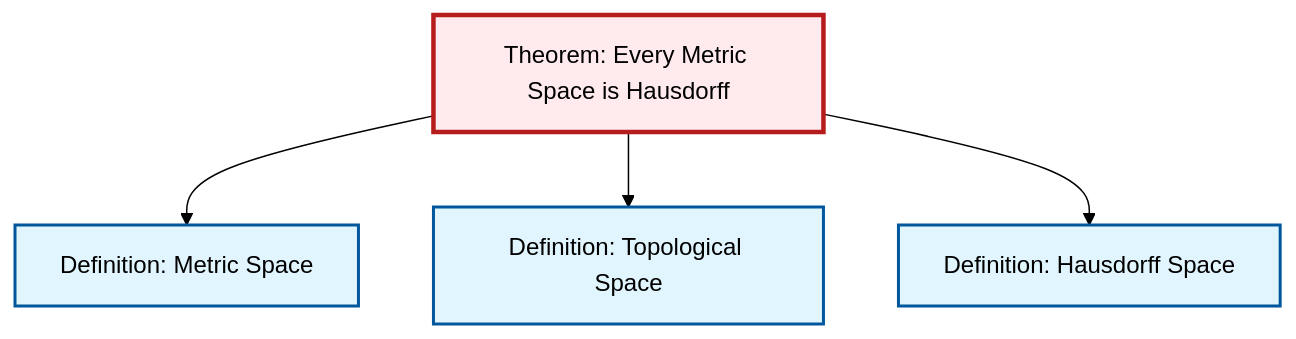
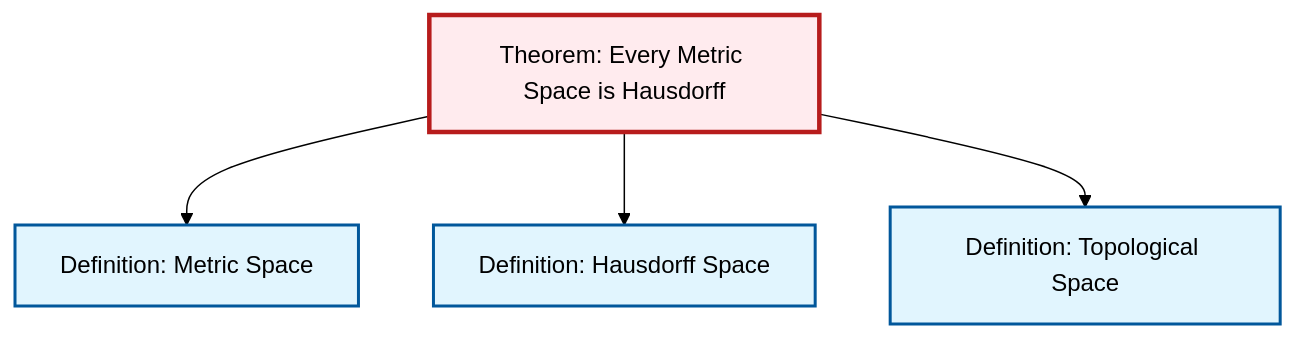
One commit to RK0429/ModernMath changed the diagram in content/en/topology/thm-metric-hausdorff.qmd. Above: the diagram before and after it, drawn with Mermaid (forest theme). The commit also changed other lines of this file and 619 other files, not shown here.

````diff
--- a/content/en/topology/thm-metric-hausdorff.qmd
+++ b/content/en/topology/thm-metric-hausdorff.qmd
@@ -62,20 +62,20 @@
 ```{mermaid}
 %%| fig-cap: "Local dependency graph"
 graph TD
     classDef definition fill:#e1f5fe,stroke:#01579b,stroke-width:2px
     classDef theorem fill:#f3e5f5,stroke:#4a148c,stroke-width:2px
     classDef axiom fill:#fff3e0,stroke:#e65100,stroke-width:2px
     classDef example fill:#e8f5e9,stroke:#1b5e20,stroke-width:2px
     classDef current fill:#ffebee,stroke:#b71c1c,stroke-width:3px
+    def-topological-space["Definition: Topological Space"]:::definition
+    thm-metric-hausdorff["Theorem: Every Metric Space is Hausdorff"]:::theorem
     def-metric-space["Definition: Metric Space"]:::definition
-    thm-metric-hausdorff["Theorem: Every Metric Space is Hausdorff"]:::theorem
-    def-topological-space["Definition: Topological Space"]:::definition
     def-hausdorff["Definition: Hausdorff Space"]:::definition
     thm-metric-hausdorff --> def-metric-space
+    thm-metric-hausdorff --> def-hausdorff
     thm-metric-hausdorff --> def-topological-space
-    thm-metric-hausdorff --> def-hausdorff
     class thm-metric-hausdorff current
+    click def-topological-space "def-topological-space.html" "Go to Topological Space definition"
     click def-metric-space "def-metric-space.html" "Go to Metric Space definition"
-    click def-topological-space "def-topological-space.html" "Go to Topological Space definition"
     click def-hausdorff "def-hausdorff.html" "Go to Hausdorff Space definition"
 ```
````
